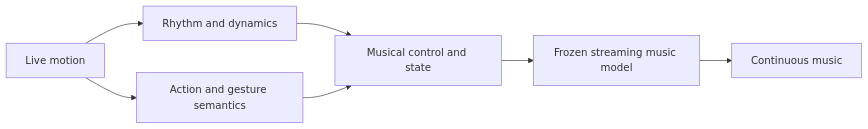
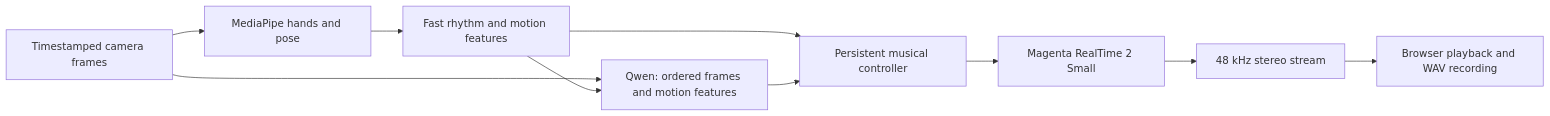
One commit to Audiofool934/sway changed the diagram in README.md. Above: the diagram before and after it, drawn with Mermaid. The commit also changed other lines of this file and 35 other files, not shown here.

Commit message:
Build local motion-aware music prototype

````diff
--- a/README.md
+++ b/README.md
@@ -34,9 +58,12 @@
 ```mermaid
 flowchart LR
-    motion[Live motion] --> rhythm[Rhythm and dynamics]
-    motion --> semantics[Action and gesture semantics]
-    rhythm --> control[Musical control and state]
-    semantics --> control
-    control --> generation[Frozen streaming music model]
-    generation --> music[Continuous music]
+    Camera[Timestamped camera frames] --> Track[MediaPipe hands and pose]
+    Track --> Rhythm[Fast rhythm and motion features]
+    Camera --> VLM[Qwen: ordered frames and motion features]
+    Rhythm --> VLM
+    Rhythm --> State[Persistent musical controller]
+    VLM --> State
+    State --> MRT[Magenta RealTime 2 Small]
+    MRT --> Audio[48 kHz stereo stream]
+    Audio --> Browser[Browser playback and WAV recording]
 ```
````
